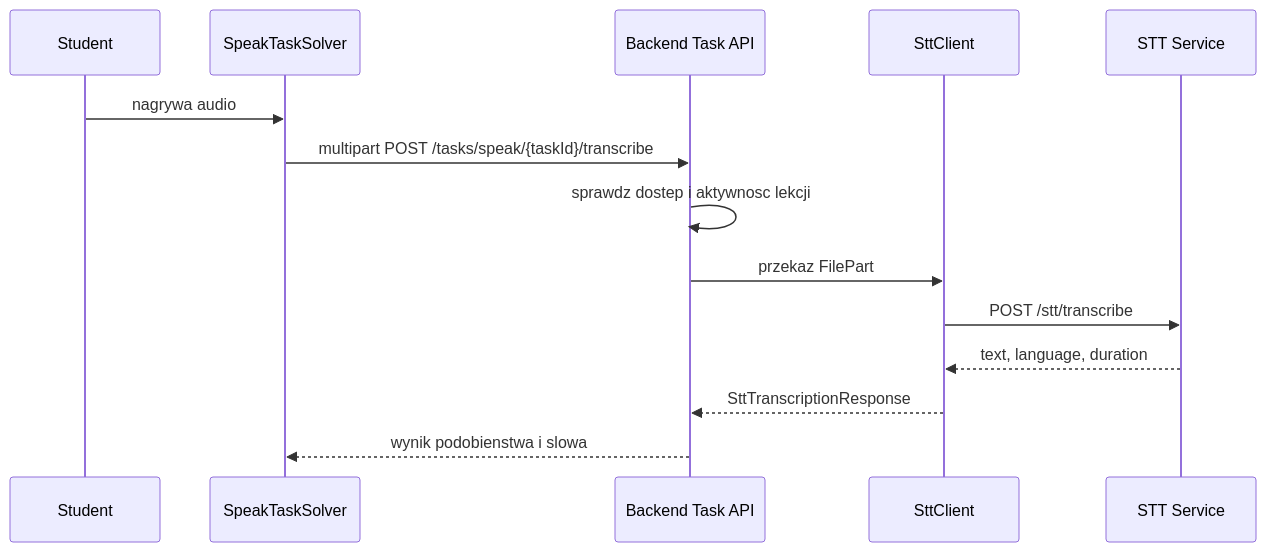
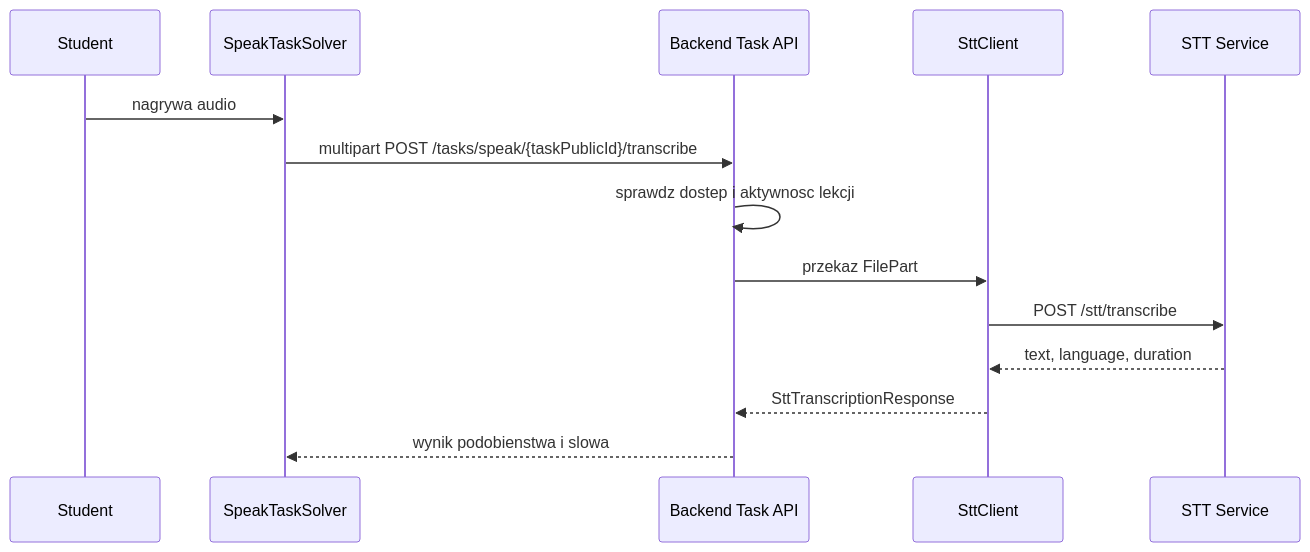
Before and after one commit to Free-edu-org/E-Learning: the diagram in docs/obsidian/Przeplyw - rozpoznawanie mowy.md, drawn with Mermaid. The commit also changed 31 other files, not shown here.

Commit message:
Migrate `TaskSectionGroup` component and related functionality to `publicId`. Remove unused `getUserById` function from `userService`. Update APIs, tests, and documentation to reflect `publicId` changes.

````diff
--- a/docs/obsidian/Przeplyw - rozpoznawanie mowy.md
+++ b/docs/obsidian/Przeplyw - rozpoznawanie mowy.md
@@ -3,16 +3,16 @@
 ```mermaid
 sequenceDiagram
   participant S as Student
   participant F as SpeakTaskSolver
   participant B as Backend Task API
   participant C as SttClient
   participant STT as STT Service
   S->>F: nagrywa audio
-  F->>B: multipart POST /tasks/speak/{taskId}/transcribe
+  F->>B: multipart POST /tasks/speak/{taskPublicId}/transcribe
   B->>B: sprawdz dostep i aktywnosc lekcji
   B->>C: przekaz FilePart
   C->>STT: POST /stt/transcribe
   STT-->>C: text, language, duration
   C-->>B: SttTranscriptionResponse
   B-->>F: wynik podobienstwa i slowa
 ```
````
